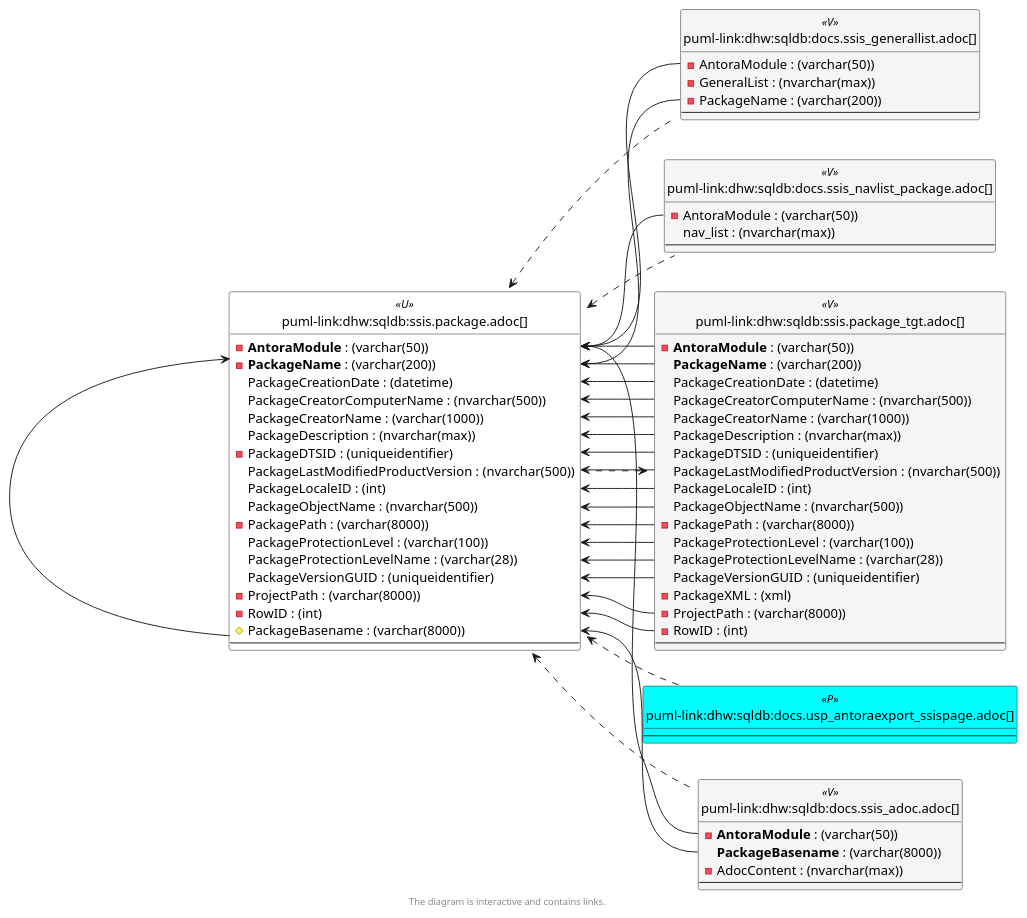
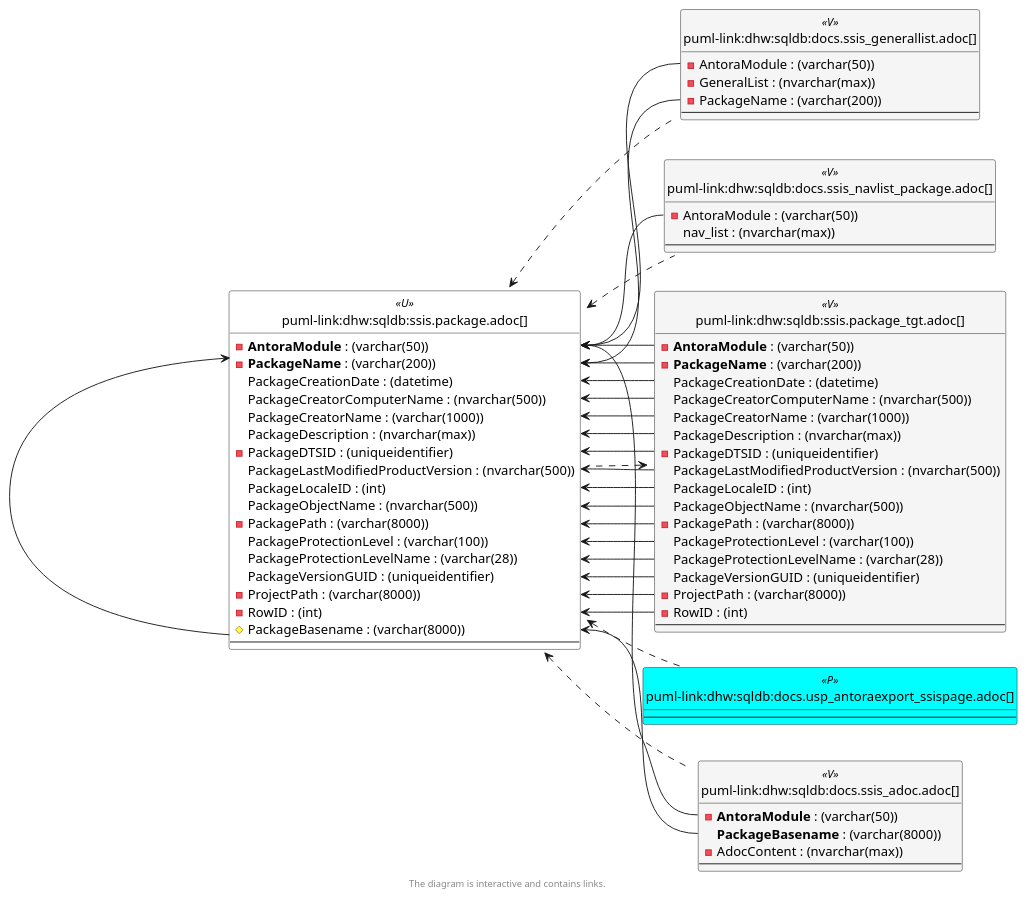
The sixth of 6 diagrams in docs/modules/sqldb/partials/content/ssis.package.adoc (DataHandwerk/dhw-antora-sqldb), drawn with PlantUML before and after one commit. The commit also changed other lines of this file and 641 other files, not shown here.

```diff
--- a/docs/modules/sqldb/partials/content/ssis.package.adoc
+++ b/docs/modules/sqldb/partials/content/ssis.package.adoc
@@ -1323,12 +1323,12 @@
 
 entity "puml-link:dhw:sqldb:ssis.package_tgt.adoc[]" as ssis.Package_tgt << V >> {
   - **AntoraModule** : (varchar(50))
-  **PackageName** : (varchar(200))
+  - **PackageName** : (varchar(200))
   PackageCreationDate : (datetime)
   PackageCreatorComputerName : (nvarchar(500))
   PackageCreatorName : (varchar(1000))
   PackageDescription : (nvarchar(max))
-  PackageDTSID : (uniqueidentifier)
+  - PackageDTSID : (uniqueidentifier)
   PackageLastModifiedProductVersion : (nvarchar(500))
   PackageLocaleID : (int)
   PackageObjectName : (nvarchar(500))
@@ -1336,7 +1336,6 @@
   PackageProtectionLevel : (varchar(100))
   PackageProtectionLevelName : (varchar(28))
   PackageVersionGUID : (uniqueidentifier)
-  - PackageXML : (xml)
   - ProjectPath : (varchar(8000))
   - RowID : (int)
   --
```
